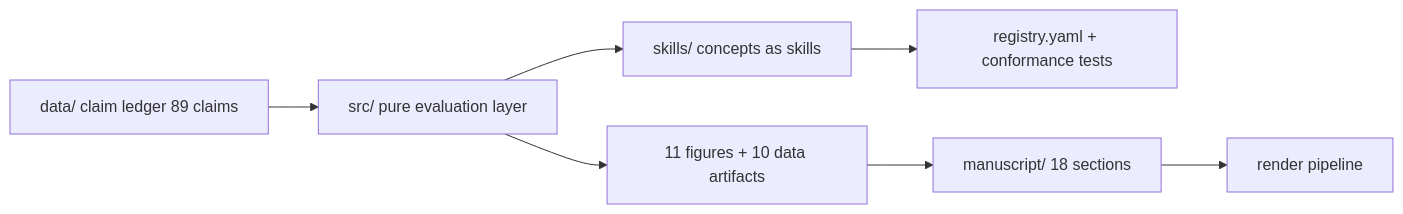
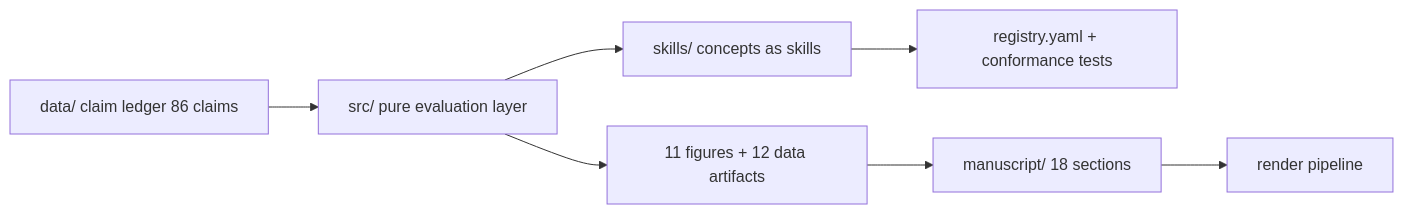
One commit to docxology/agentic_os_security changed the diagram in README.md. Above: the diagram before and after it, drawn with Mermaid. The commit also changed other lines of this file and 35 other files, not shown here.

````diff
--- a/README.md
+++ b/README.md
@@ -66,9 +66,9 @@
 ```mermaid
 flowchart LR
     A[skills/ concepts as skills] --> R[registry.yaml + conformance tests]
     S[src/ pure evaluation layer] --> A
-    D[data/ claim ledger 89 claims] --> S
+    D[data/ claim ledger 86 claims] --> S
     M[manuscript/ 18 sections] --> P[render pipeline]
-    S --> F[11 figures + 10 data artifacts]
+    S --> F[11 figures + 12 data artifacts]
     F --> M
 ```
````
